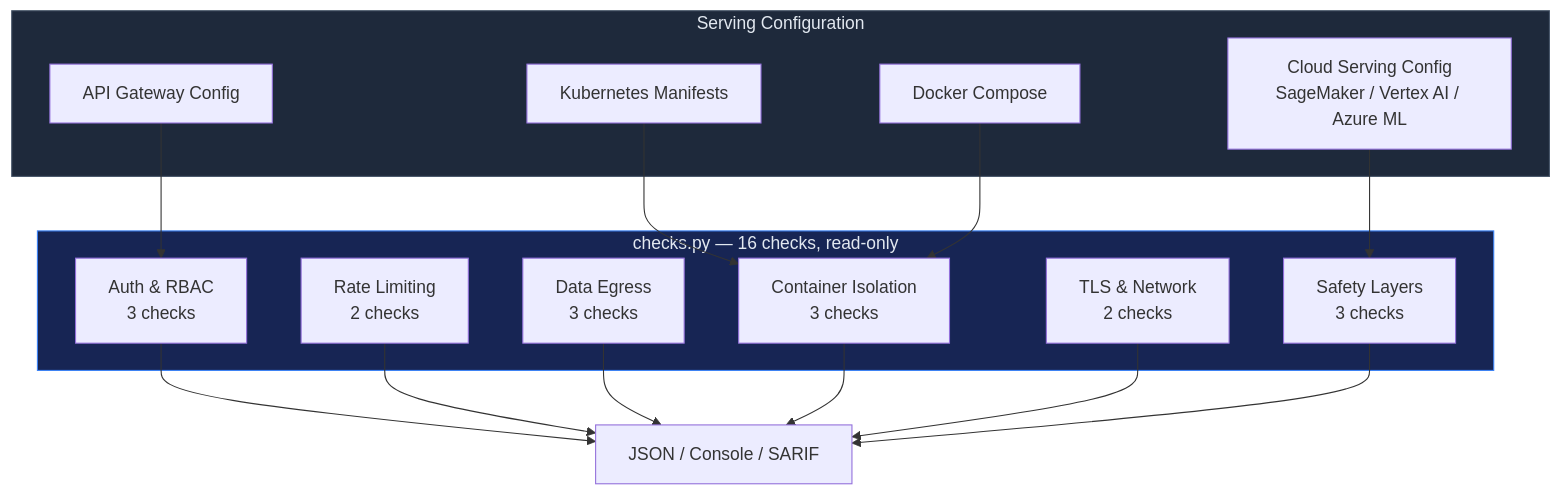
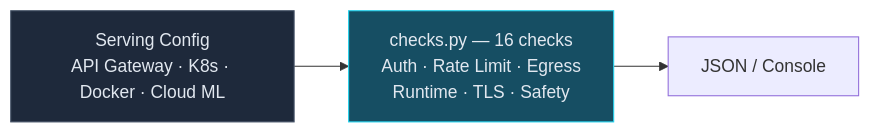
The diagram in skills/model-serving-security/SKILL.md (msaad00/cloud-security), drawn with Mermaid before and after one commit. The commit also changed 6 other files, not shown here.

First line of the commit message:
feat: add discover-environment skill + fix diagram aesthetics

````diff
--- a/skills/model-serving-security/SKILL.md
+++ b/skills/model-serving-security/SKILL.md
@@ -42,33 +42,11 @@
 ```mermaid
-flowchart TD
-    subgraph INPUT["Serving Configuration"]
-        API["API Gateway Config"]
-        K8S["Kubernetes Manifests"]
-        DOCKER["Docker Compose"]
-        CLOUD["Cloud Serving Config<br/>SageMaker / Vertex AI / Azure ML"]
-    end
+flowchart LR
+    CONFIG["Serving Config<br/>API Gateway · K8s · Docker · Cloud ML"]
+    BENCH["checks.py — 16 checks<br/>Auth · Rate Limit · Egress<br/>Runtime · TLS · Safety"]
+    OUT["JSON / Console"]
 
-    subgraph CHECKS["checks.py — 16 checks, read-only"]
-        AUTH["Auth & RBAC<br/>3 checks"]
-        ABUSE["Rate Limiting<br/>2 checks"]
-        EGRESS["Data Egress<br/>3 checks"]
-        RUNTIME["Container Isolation<br/>3 checks"]
-        NET["TLS & Network<br/>2 checks"]
-        SAFETY["Safety Layers<br/>3 checks"]
-    end
+    CONFIG --> BENCH --> OUT
 
-    API --> AUTH
-    K8S --> RUNTIME
-    DOCKER --> RUNTIME
-    CLOUD --> SAFETY
-
-    AUTH --> RESULTS["JSON / Console / SARIF"]
-    ABUSE --> RESULTS
-    EGRESS --> RESULTS
-    RUNTIME --> RESULTS
-    NET --> RESULTS
-    SAFETY --> RESULTS
-
-    style INPUT fill:#1e293b,stroke:#475569,color:#e2e8f0
-    style CHECKS fill:#172554,stroke:#3b82f6,color:#e2e8f0
+    style CONFIG fill:#1e293b,stroke:#475569,color:#e2e8f0
+    style BENCH fill:#164e63,stroke:#22d3ee,color:#e2e8f0
 ```
````
